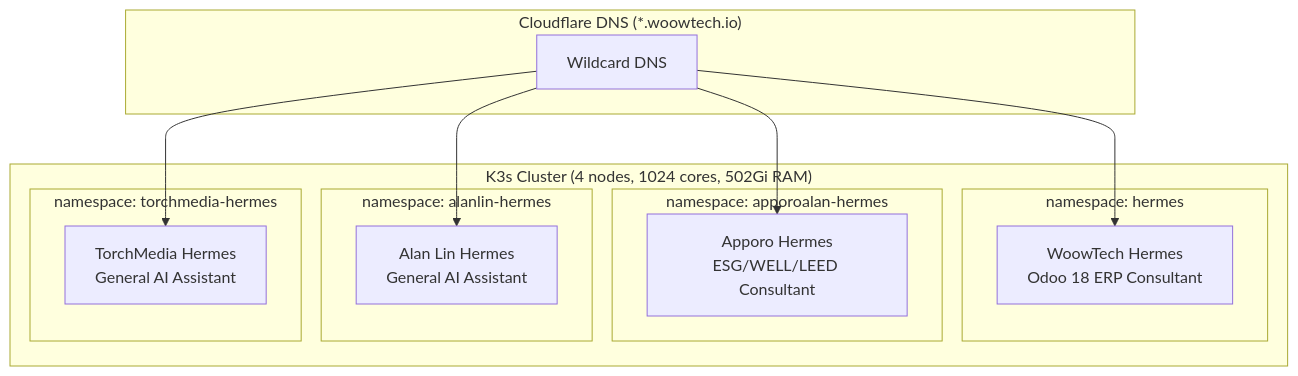
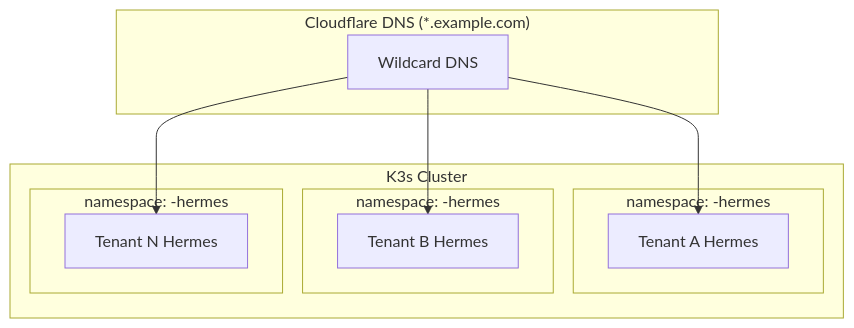
The second of 5 diagrams in README.md (WOOWTECH/Woow_k3s_hermes), drawn with Mermaid before and after one commit. The commit also changed other lines of this file and 68 other files, not shown here.

````diff
--- a/README.md
+++ b/README.md
@@ -155,26 +145,22 @@
 ```mermaid
 graph TB
-    subgraph CF["Cloudflare DNS (*.woowtech.io)"]
+    subgraph CF["Cloudflare DNS (*.example.com)"]
         DNS["Wildcard DNS"]
     end
 
-    subgraph K3s["K3s Cluster (4 nodes, 1024 cores, 502Gi RAM)"]
-        subgraph NS1["namespace: hermes"]
-            I1["WoowTech Hermes<br/>Odoo 18 ERP Consultant"]
+    subgraph K3s["K3s Cluster"]
+        subgraph NS1["namespace: <tenant-a>-hermes"]
+            I1["Tenant A Hermes"]
         end
-        subgraph NS2["namespace: apporoalan-hermes"]
-            I2["Apporo Hermes<br/>ESG/WELL/LEED Consultant"]
+        subgraph NS2["namespace: <tenant-b>-hermes"]
+            I2["Tenant B Hermes"]
         end
-        subgraph NS3["namespace: alanlin-hermes"]
-            I3["Alan Lin Hermes<br/>General AI Assistant"]
-        end
-        subgraph NS4["namespace: torchmedia-hermes"]
-            I4["TorchMedia Hermes<br/>General AI Assistant"]
+        subgraph NSN["namespace: <tenant-n>-hermes"]
+            IN["Tenant N Hermes"]
         end
     end
 
     DNS --> I1
     DNS --> I2
-    DNS --> I3
-    DNS --> I4
+    DNS --> IN
 ```
````
